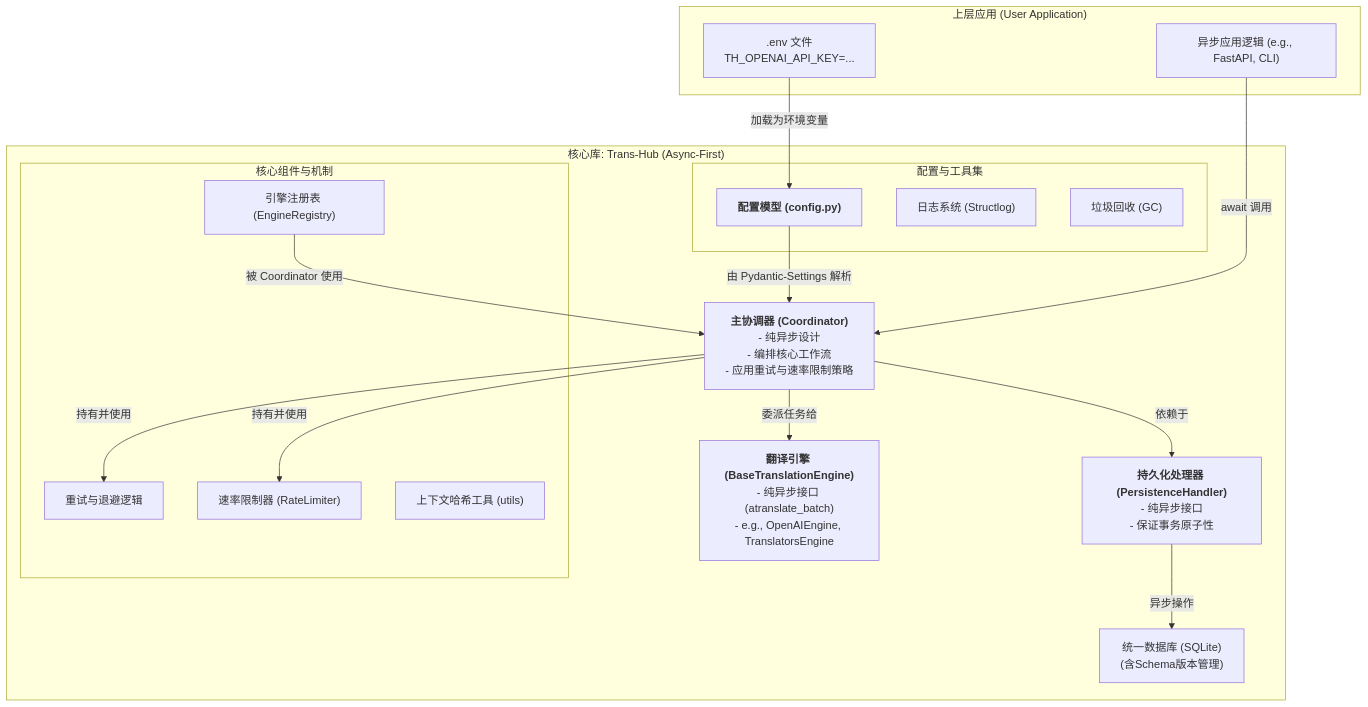
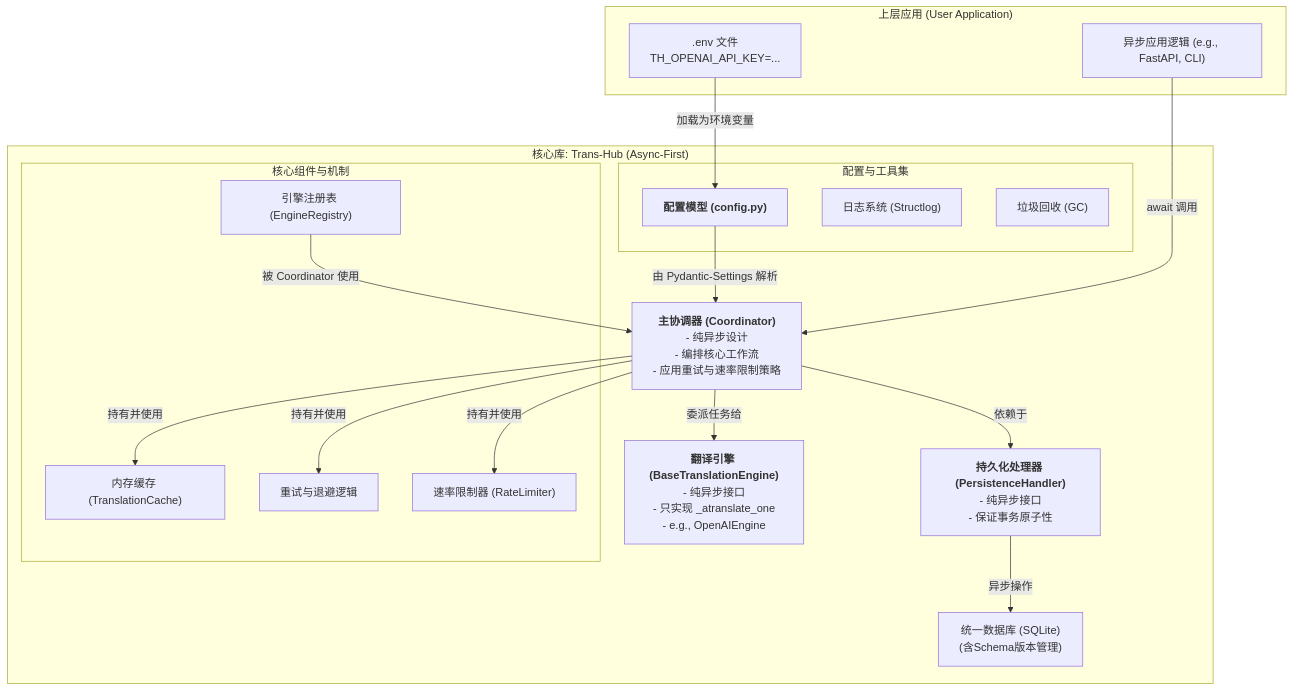
The first of 2 diagrams in docs/architecture/01_overview.md (SakenW/Trans-Hub), drawn with Mermaid before and after one commit. The commit also changed other lines of this file and 30 other files, not shown here.

````diff
--- a/docs/architecture/01_overview.md
+++ b/docs/architecture/01_overview.md
@@ -30,37 +30,36 @@
 ```mermaid
 graph TD
     subgraph "上层应用 (User Application)"
         A["异步应用逻辑 (e.g., FastAPI, CLI)"]
         G[".env 文件\nTH_OPENAI_API_KEY=..."]
     end
 
     subgraph "核心库: Trans-Hub (Async-First)"
         B["<b>主协调器 (Coordinator)</b>\n- 纯异步设计\n- 编排核心工作流\n- 应用重试与速率限制策略"]
         D["<b>持久化处理器 (PersistenceHandler)</b>\n- 纯异步接口\n- 保证事务原子性"]
-        E["<b>翻译引擎 (BaseTranslationEngine)</b>\n- 纯异步接口 (atranslate_batch)\n- e.g., OpenAIEngine, TranslatorsEngine"]
+        E["<b>翻译引擎 (BaseTranslationEngine)</b>\n- 纯异步接口\n- 只实现 _atranslate_one\n- e.g., OpenAIEngine"]
         F["统一数据库 (SQLite)\n(含Schema版本管理)"]
 
         subgraph "核心组件与机制"
-            C1["重试与退避逻辑"]
-            C2["速率限制器 (RateLimiter)"]
-            C3["引擎注册表 (EngineRegistry)"]
-            C4["上下文哈希工具 (utils)"]
+            C1["内存缓存 (TranslationCache)"]
+            C2["重试与退避逻辑"]
+            C3["速率限制器 (RateLimiter)"]
+            C4["引擎注册表 (EngineRegistry)"]
         end
 
         subgraph "配置与工具集"
             U1["<b>配置模型 (config.py)</b>"]
             U2["日志系统 (Structlog)"]
             U3["垃圾回收 (GC)"]
         end
     end
 
-    %% --- 核心修正：更精确地描述配置加载流程 ---
     G -- "加载为环境变量" --> U1
     U1 -- "由 Pydantic-Settings 解析" --> B
-    C3 -- "被 Coordinator 使用" --> B
+    C4 -- "被 Coordinator 使用" --> B
     A -- "await 调用" --> B
-    B -- "持有并使用" --> C1 & C2
+    B -- "持有并使用" --> C1 & C2 & C3
     B -- "依赖于" --> D
     B -- "委派任务给" --> E
     D -- "异步操作" --> F
 ```
````
